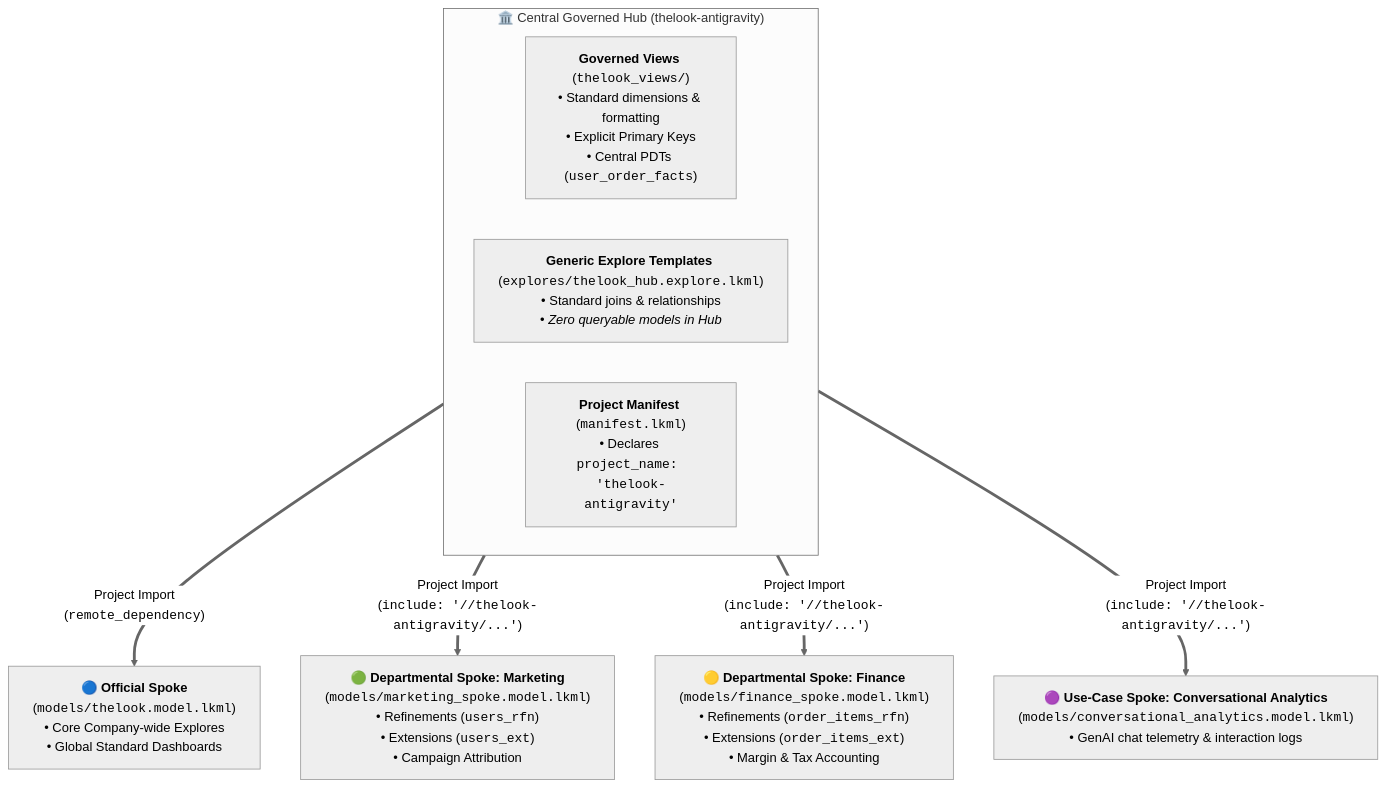
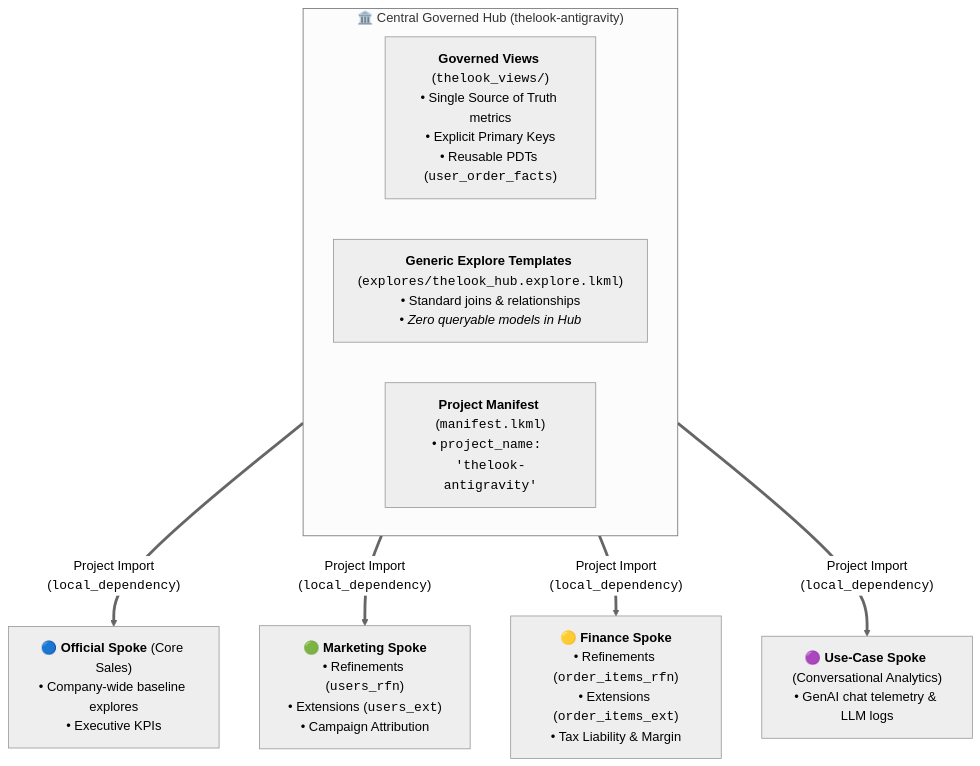
One commit to sam-pitcher/thelook-antigravity changed the diagram in PRESENTATION.md. Above: the diagram before and after it, drawn with Mermaid (neutral theme). The commit also changed other lines of this file, not shown here.

````diff
--- a/PRESENTATION.md
+++ b/PRESENTATION.md
@@ -10,13 +12,13 @@
 ```mermaid
 graph TD
     subgraph CentralHub["🏛️ Central Governed Hub (thelook-antigravity)"]
-        HV["<b>Governed Views</b> (<code>thelook_views/</code>)<br/>• Standard dimensions & formatting<br/>• Explicit Primary Keys<br/>• Central PDTs (<code>user_order_facts</code>)"]
+        HV["<b>Governed Views</b> (<code>thelook_views/</code>)<br/>• Single Source of Truth metrics<br/>• Explicit Primary Keys<br/>• Reusable PDTs (<code>user_order_facts</code>)"]
         HE["<b>Generic Explore Templates</b> (<code>explores/thelook_hub.explore.lkml</code>)<br/>• Standard joins & relationships<br/>• <i>Zero queryable models in Hub</i>"]
-        HM["<b>Project Manifest</b> (<code>manifest.lkml</code>)<br/>• Declares <code>project_name: 'thelook-antigravity'</code>"]
+        HM["<b>Project Manifest</b> (<code>manifest.lkml</code>)<br/>• <code>project_name: 'thelook-antigravity'</code>"]
     end
 
-    CentralHub ==>|"Project Import<br/>(<code>remote_dependency</code>)"| SpokeOfficial["🔵 <b>Official Spoke</b><br/>(<code>models/thelook.model.lkml</code>)<br/>• Core Company-wide Explores<br/>• Global Standard Dashboards"]
-    CentralHub ==>|"Project Import<br/>(<code>include: '//thelook-antigravity/...'</code>)"| SpokeMktg["🟢 <b>Departmental Spoke: Marketing</b><br/>(<code>models/marketing_spoke.model.lkml</code>)<br/>• Refinements (<code>users_rfn</code>)<br/>• Extensions (<code>users_ext</code>)<br/>• Campaign Attribution"]
-    CentralHub ==>|"Project Import<br/>(<code>include: '//thelook-antigravity/...'</code>)"| SpokeFin["🟡 <b>Departmental Spoke: Finance</b><br/>(<code>models/finance_spoke.model.lkml</code>)<br/>• Refinements (<code>order_items_rfn</code>)<br/>• Extensions (<code>order_items_ext</code>)<br/>• Margin & Tax Accounting"]
-    CentralHub ==>|"Project Import<br/>(<code>include: '//thelook-antigravity/...'</code>)"| SpokeUseCase["🟣 <b>Use-Case Spoke: Conversational Analytics</b><br/>(<code>models/conversational_analytics.model.lkml</code>)<br/>• GenAI chat telemetry & interaction logs"]
+    CentralHub ==>|"Project Import<br/>(<code>local_dependency</code>)"| SpokeOfficial["🔵 <b>Official Spoke</b> (Core Sales)<br/>• Company-wide baseline explores<br/>• Executive KPIs"]
+    CentralHub ==>|"Project Import<br/>(<code>local_dependency</code>)"| SpokeMktg["🟢 <b>Marketing Spoke</b><br/>• Refinements (<code>users_rfn</code>)<br/>• Extensions (<code>users_ext</code>)<br/>• Campaign Attribution"]
+    CentralHub ==>|"Project Import<br/>(<code>local_dependency</code>)"| SpokeFin["🟡 <b>Finance Spoke</b><br/>• Refinements (<code>order_items_rfn</code>)<br/>• Extensions (<code>order_items_ext</code>)<br/>• Tax Liability & Margin"]
+    CentralHub ==>|"Project Import<br/>(<code>local_dependency</code>)"| SpokeUseCase["🟣 <b>Use-Case Spoke</b> (Conversational Analytics)<br/>• GenAI chat telemetry & LLM logs"]
 ```
````
